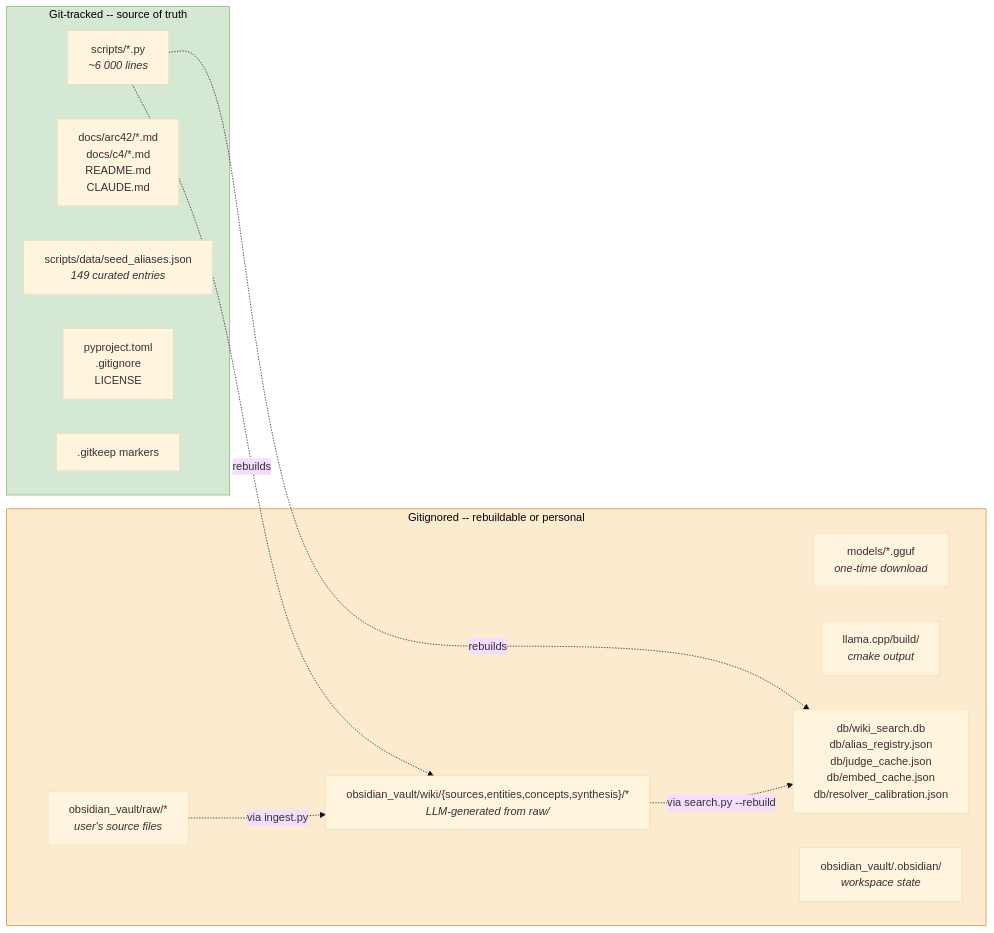
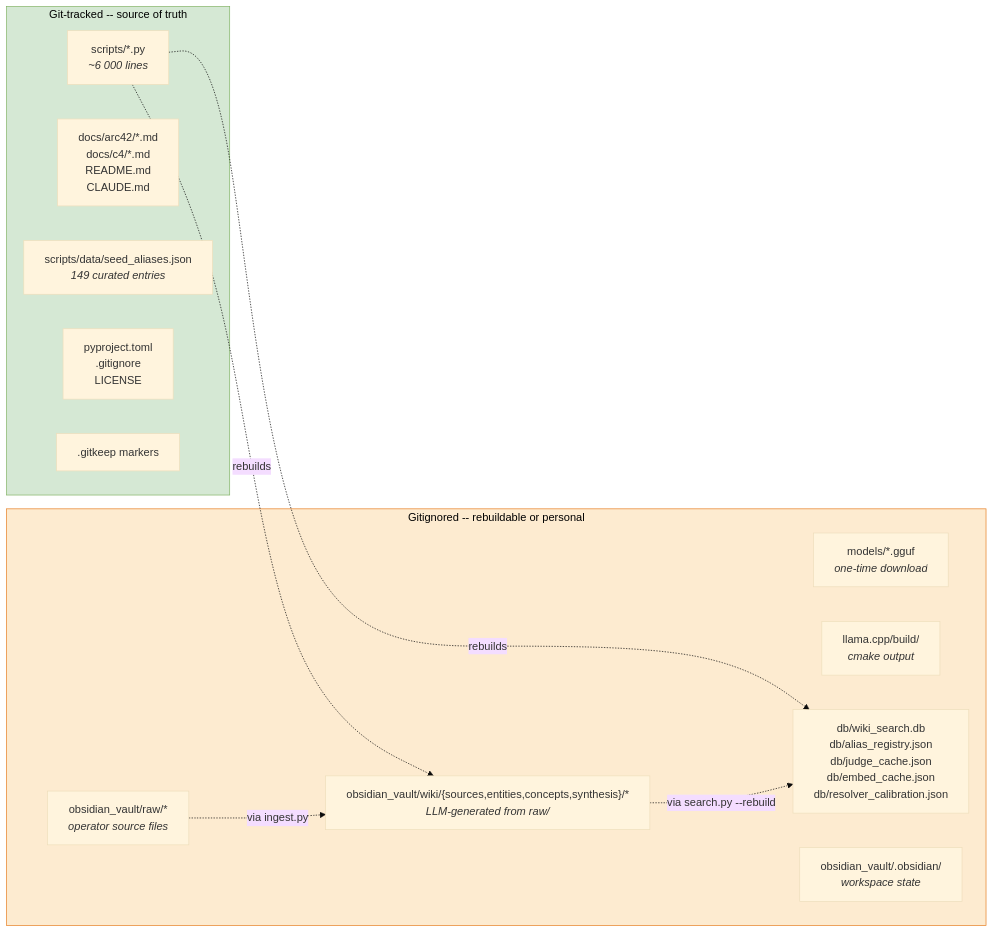
One commit to DimitrisLianos/LLM_Wiki_SecondBrain changed the third of 3 diagrams in docs/arc42/07-deployment-view.md. Above: the diagram before and after it, drawn with Mermaid (base theme). The commit also changed other lines of this file and 83 other files, not shown here.

````diff
--- a/docs/arc42/07-deployment-view.md
+++ b/docs/arc42/07-deployment-view.md
@@ -165,27 +178,27 @@
 ```mermaid
 graph LR
  subgraph TRACKED ["Git-tracked -- source of truth"]
  src["scripts/*.py<br/><i>~6 000 lines</i>"]
  doc["docs/arc42/*.md<br/>docs/c4/*.md<br/>README.md<br/>CLAUDE.md"]
  seed["scripts/data/seed_aliases.json<br/><i>149 curated entries</i>"]
  cfg["pyproject.toml<br/>.gitignore<br/>LICENSE"]
  keep[".gitkeep markers"]
  end
 
  subgraph GITIGNORED ["Gitignored -- rebuildable or personal"]
  weights["models/*.gguf<br/><i>one-time download</i>"]
  build["llama.cpp/build/<br/><i>cmake output</i>"]
  db["db/wiki_search.db<br/>db/alias_registry.json<br/>db/judge_cache.json<br/>db/embed_cache.json<br/>db/resolver_calibration.json"]
- rawdata["obsidian_vault/raw/*<br/><i>user's source files</i>"]
+ rawdata["obsidian_vault/raw/*<br/><i>operator source files</i>"]
  wikidata["obsidian_vault/wiki/{sources,entities,concepts,synthesis}/*<br/><i>LLM-generated from raw/</i>"]
  ostate["obsidian_vault/.obsidian/<br/><i>workspace state</i>"]
  end
 
  src -. "rebuilds" .-> db
  src -. "rebuilds" .-> wikidata
  rawdata -. "via ingest.py" .-> wikidata
  wikidata -. "via search.py --rebuild" .-> db
 
  style TRACKED fill:#d5e8d4,stroke:#82b366,color:#000
  style GITIGNORED fill:#fdebd0,stroke:#e67e22,color:#000
 ```
````
